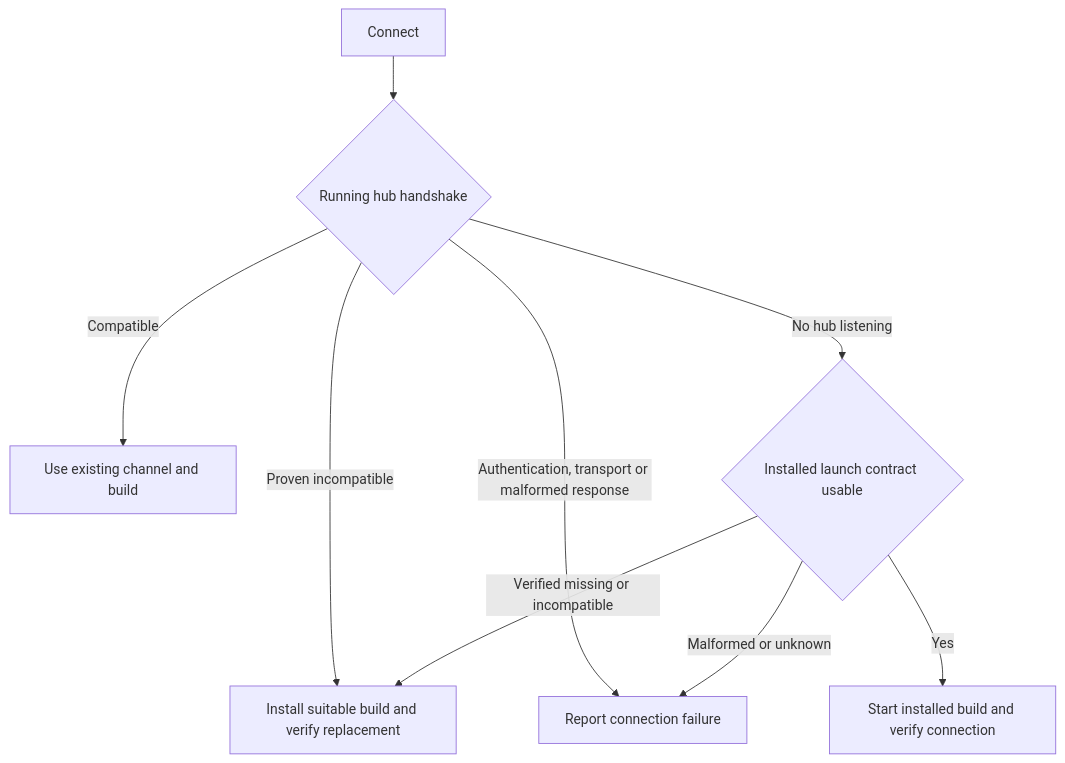
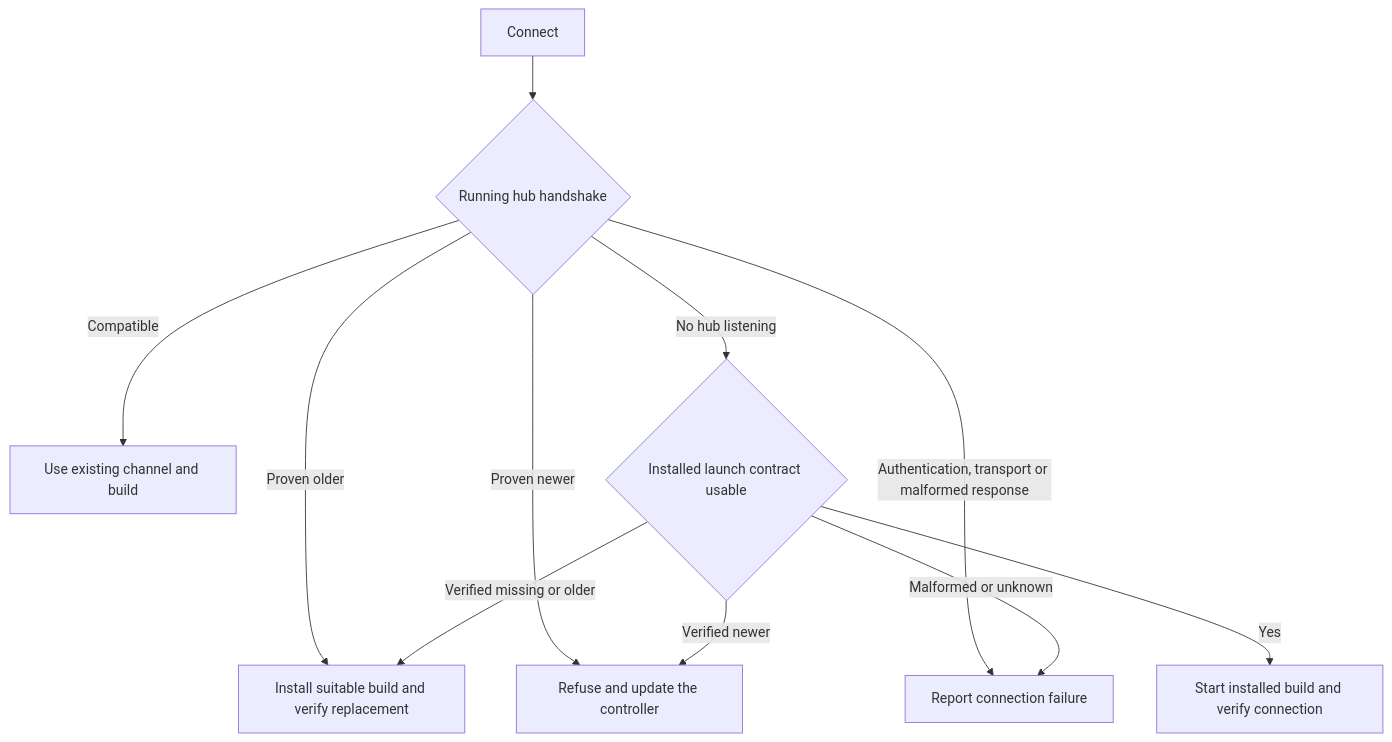
One commit to anubhavgupta121/evener changed the second of 2 diagrams in docs/evener-hub.md. Above: the diagram before and after it, drawn with Mermaid. The commit also changed other lines of this file and 17 other files, not shown here.

````diff
--- a/docs/evener-hub.md
+++ b/docs/evener-hub.md
@@ -494,11 +494,13 @@
 ```mermaid
 flowchart TD
     A[Connect] --> B{Running hub handshake}
     B -->|Compatible| C[Use existing channel and build]
-    B -->|Proven incompatible| D[Install suitable build and verify replacement]
+    B -->|Proven older| D[Install suitable build and verify replacement]
+    B -->|Proven newer| N[Refuse and update the controller]
     B -->|Authentication, transport or malformed response| E[Report connection failure]
     B -->|No hub listening| F{Installed launch contract usable}
     F -->|Yes| G[Start installed build and verify connection]
-    F -->|Verified missing or incompatible| D
+    F -->|Verified missing or older| D
+    F -->|Verified newer| N
     F -->|Malformed or unknown| E
 ```
````
